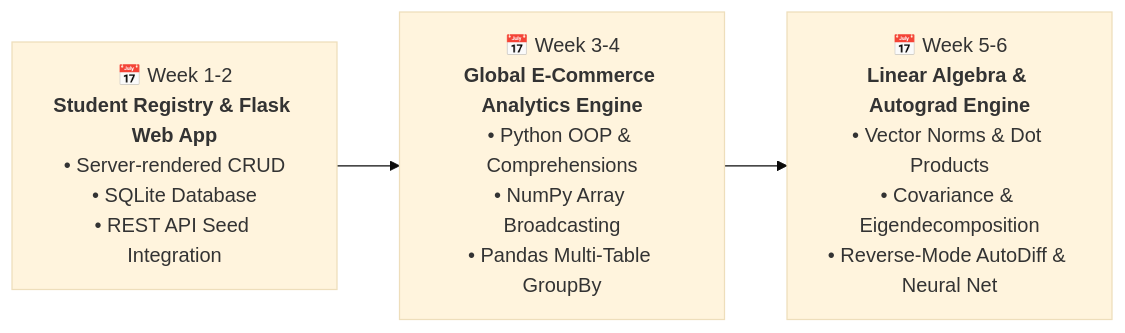
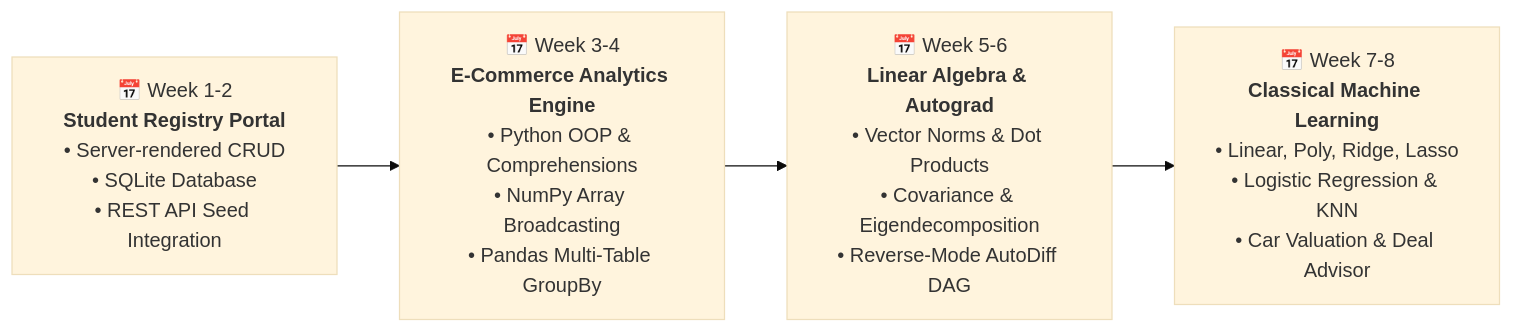
Before and after one commit to dhanish0711/Hack-o-Week-Odd-Semester-Session-2026-2027: the diagram in README.md, drawn with Mermaid (base theme). The commit also changed other lines of this file, not shown here.

Commit message:
docs: update root README with week 7-8 classical ML curriculum and index

````diff
--- a/README.md
+++ b/README.md
@@ -24,6 +25,7 @@
 ```mermaid
 flowchart LR
-    W1["📅 Week 1-2<br><b>Student Registry & Flask Web App</b><br>• Server-rendered CRUD<br>• SQLite Database<br>• REST API Seed Integration"]
-    --> W3["📅 Week 3-4<br><b>Global E-Commerce Analytics Engine</b><br>• Python OOP & Comprehensions<br>• NumPy Array Broadcasting<br>• Pandas Multi-Table GroupBy"]
-    --> W5["📅 Week 5-6<br><b>Linear Algebra & Autograd Engine</b><br>• Vector Norms & Dot Products<br>• Covariance & Eigendecomposition<br>• Reverse-Mode AutoDiff & Neural Net"]
+    W1["📅 Week 1-2<br><b>Student Registry Portal</b><br>• Server-rendered CRUD<br>• SQLite Database<br>• REST API Seed Integration"]
+    --> W3["📅 Week 3-4<br><b>E-Commerce Analytics Engine</b><br>• Python OOP & Comprehensions<br>• NumPy Array Broadcasting<br>• Pandas Multi-Table GroupBy"]
+    --> W5["📅 Week 5-6<br><b>Linear Algebra & Autograd</b><br>• Vector Norms & Dot Products<br>• Covariance & Eigendecomposition<br>• Reverse-Mode AutoDiff DAG"]
+    --> W7["📅 Week 7-8<br><b>Classical Machine Learning</b><br>• Linear, Poly, Ridge, Lasso<br>• Logistic Regression & KNN<br>• Car Valuation & Deal Advisor"]
 ```
````
